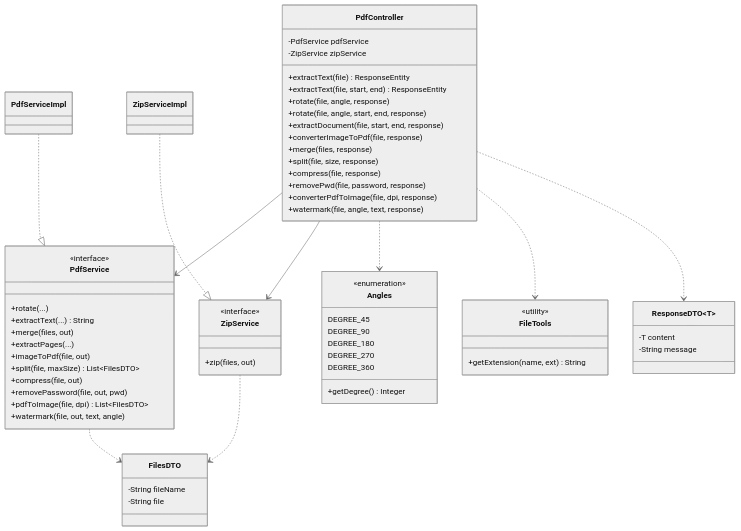
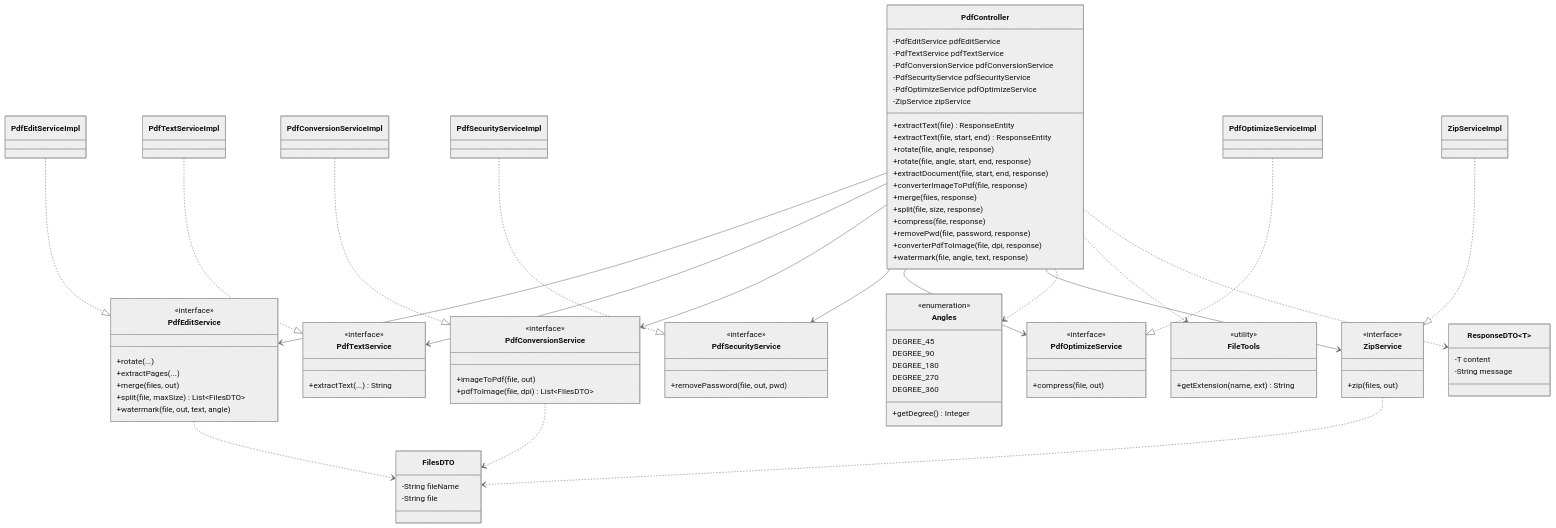
One commit to programming0026/pdf-converter changed the third of 6 diagrams in README.md. Above: the diagram before and after it, drawn with Mermaid (neutral theme). The commit also changed other lines of this file and 32 other files, not shown here.

````diff
--- a/README.md
+++ b/README.md
@@ -81,7 +81,11 @@
 ```mermaid
 classDiagram
     class PdfController {
-        -PdfService pdfService
+        -PdfEditService pdfEditService
+        -PdfTextService pdfTextService
+        -PdfConversionService pdfConversionService
+        -PdfSecurityService pdfSecurityService
+        -PdfOptimizeService pdfOptimizeService
         -ZipService zipService
         +extractText(file) ResponseEntity
         +extractText(file, start, end) ResponseEntity
@@ -96,20 +100,31 @@
         +converterPdfToImage(file, dpi, response)
         +watermark(file, angle, text, response)
     }
-    class PdfService {
+    class PdfEditService {
         <<interface>>
         +rotate(...)
-        +extractText(...) String
+        +extractPages(...)
         +merge(files, out)
-        +extractPages(...)
-        +imageToPdf(file, out)
         +split(file, maxSize) List~FilesDTO~
-        +compress(file, out)
-        +removePassword(file, out, pwd)
-        +pdfToImage(file, dpi) List~FilesDTO~
         +watermark(file, out, text, angle)
     }
-    class PdfServiceImpl
+    class PdfTextService {
+        <<interface>>
+        +extractText(...) String
+    }
+    class PdfConversionService {
+        <<interface>>
+        +imageToPdf(file, out)
+        +pdfToImage(file, dpi) List~FilesDTO~
+    }
+    class PdfSecurityService {
+        <<interface>>
+        +removePassword(file, out, pwd)
+    }
+    class PdfOptimizeService {
+        <<interface>>
+        +compress(file, out)
+    }
     class ZipService {
         <<interface>>
         +zip(files, out)
@@ -137,13 +152,22 @@
         +getExtension(name, ext) String
     }
 
-    PdfController --> PdfService
+    PdfController --> PdfEditService
+    PdfController --> PdfTextService
+    PdfController --> PdfConversionService
+    PdfController --> PdfSecurityService
+    PdfController --> PdfOptimizeService
     PdfController --> ZipService
     PdfController ..> Angles
     PdfController ..> FileTools
     PdfController ..> ResponseDTO
-    PdfServiceImpl ..|> PdfService
+    PdfEditServiceImpl ..|> PdfEditService
+    PdfTextServiceImpl ..|> PdfTextService
+    PdfConversionServiceImpl ..|> PdfConversionService
+    PdfSecurityServiceImpl ..|> PdfSecurityService
+    PdfOptimizeServiceImpl ..|> PdfOptimizeService
     ZipServiceImpl ..|> ZipService
-    PdfService ..> FilesDTO
+    PdfEditService ..> FilesDTO
+    PdfConversionService ..> FilesDTO
     ZipService ..> FilesDTO
 ```
````
